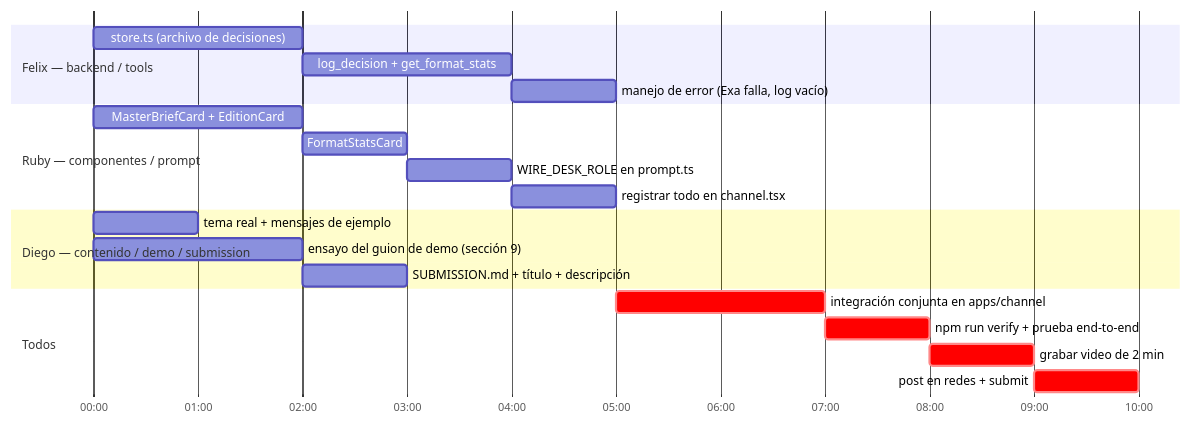
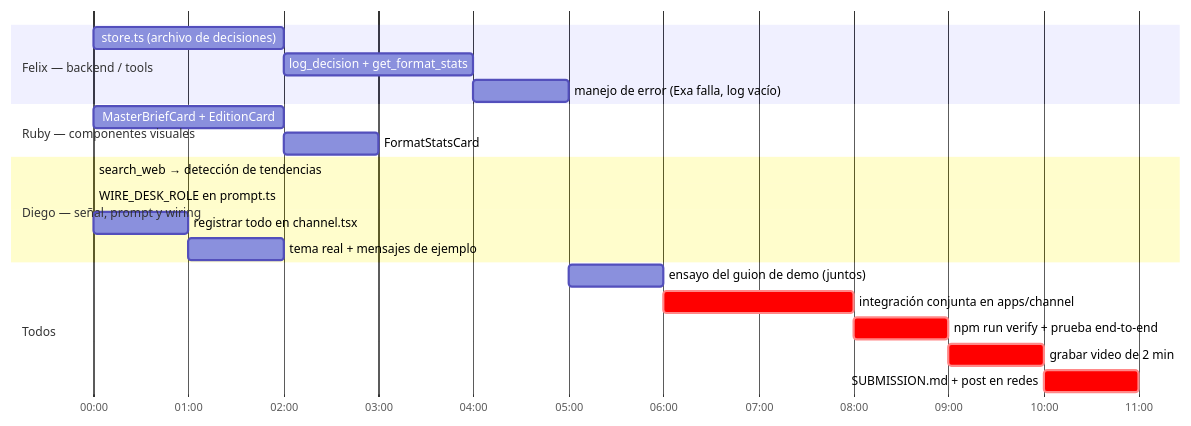
One commit to mmfelix/bitcoders-ai-tinkerers changed the diagram in docs/PLAN_HACKATHON.md. Above: the diagram before and after it, drawn with Mermaid. The commit also changed other lines of this file, not shown here.

Commit message:
docs: rebalance task plan - add web search task, split presentation across team

````diff
--- a/docs/PLAN_HACKATHON.md
+++ b/docs/PLAN_HACKATHON.md
@@ -7,28 +7,28 @@
 ```mermaid
 gantt
     dateFormat  HH:mm
     axisFormat  %H:%M
     todayMarker off
 
     section Felix — backend / tools
     store.ts (archivo de decisiones)      :a1, 00:00, 2h
     log_decision + get_format_stats       :a2, after a1, 2h
     manejo de error (Exa falla, log vacío):a3, after a2, 1h
 
-    section Ruby — componentes / prompt
+    section Ruby — componentes visuales
     MasterBriefCard + EditionCard         :b1, 00:00, 2h
     FormatStatsCard                       :b2, after b1, 1h
-    WIRE_DESK_ROLE en prompt.ts           :b3, after b2, 1h
-    registrar todo en channel.tsx         :b4, after b3, 1h
 
-    section Diego — contenido / demo / submission
-    tema real + mensajes de ejemplo       :c1, 00:00, 1h
-    ensayo del guion de demo (sección 9)  :c2, 00:00, 2h
-    SUBMISSION.md + título + descripción  :c3, after c2, 1h
+    section Diego — señal, prompt y wiring
+    search_web → detección de tendencias  :c1, 00:00, 1h30m
+    WIRE_DESK_ROLE en prompt.ts           :c2, after c1, 1h30m
+    registrar todo en channel.tsx         :c3, after c2, 1h
+    tema real + mensajes de ejemplo       :c4, after c3, 1h
 
     section Todos
-    integración conjunta en apps/channel  :crit, d1, after a3, 2h
+    ensayo del guion de demo (juntos)     :d0, after a3, 1h
+    integración conjunta en apps/channel  :crit, d1, after d0, 2h
     npm run verify + prueba end-to-end    :crit, d2, after d1, 1h
     grabar video de 2 min                 :crit, d3, after d2, 1h
-    post en redes + submit                :crit, d4, after d3, 1h
+    SUBMISSION.md + post en redes         :crit, d4, after d3, 1h
 ```
````
